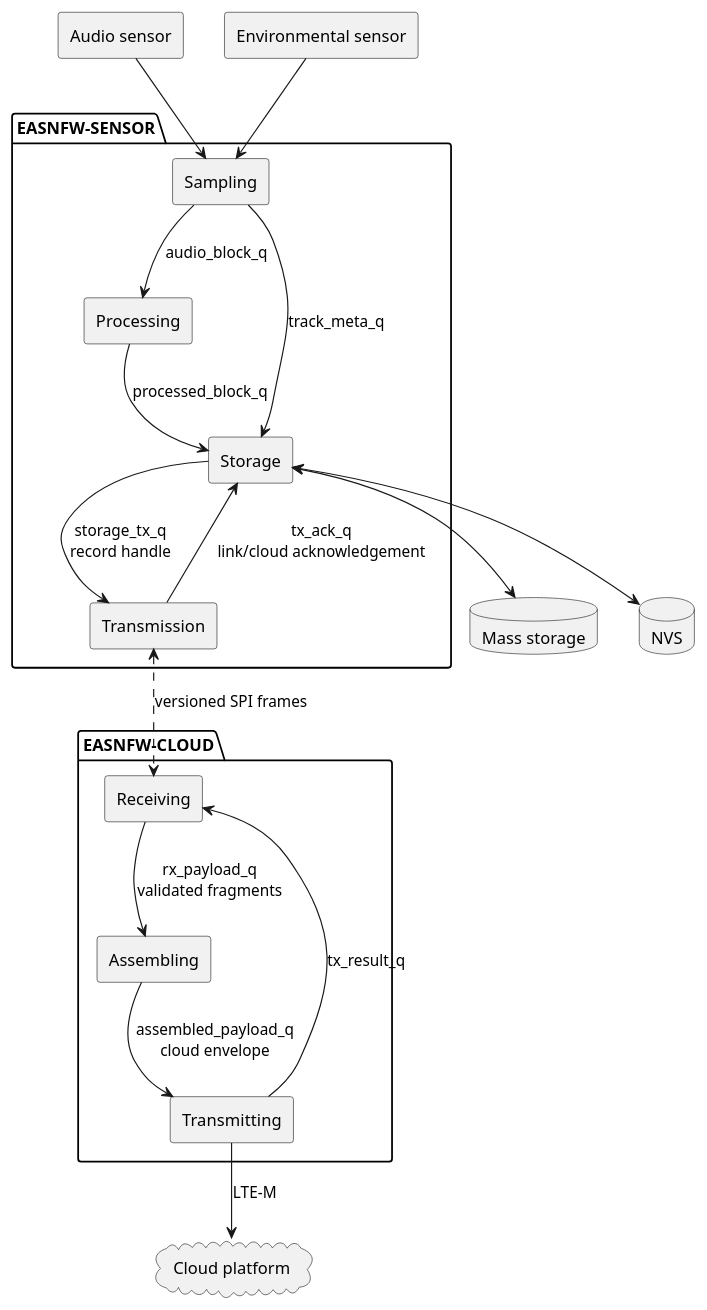
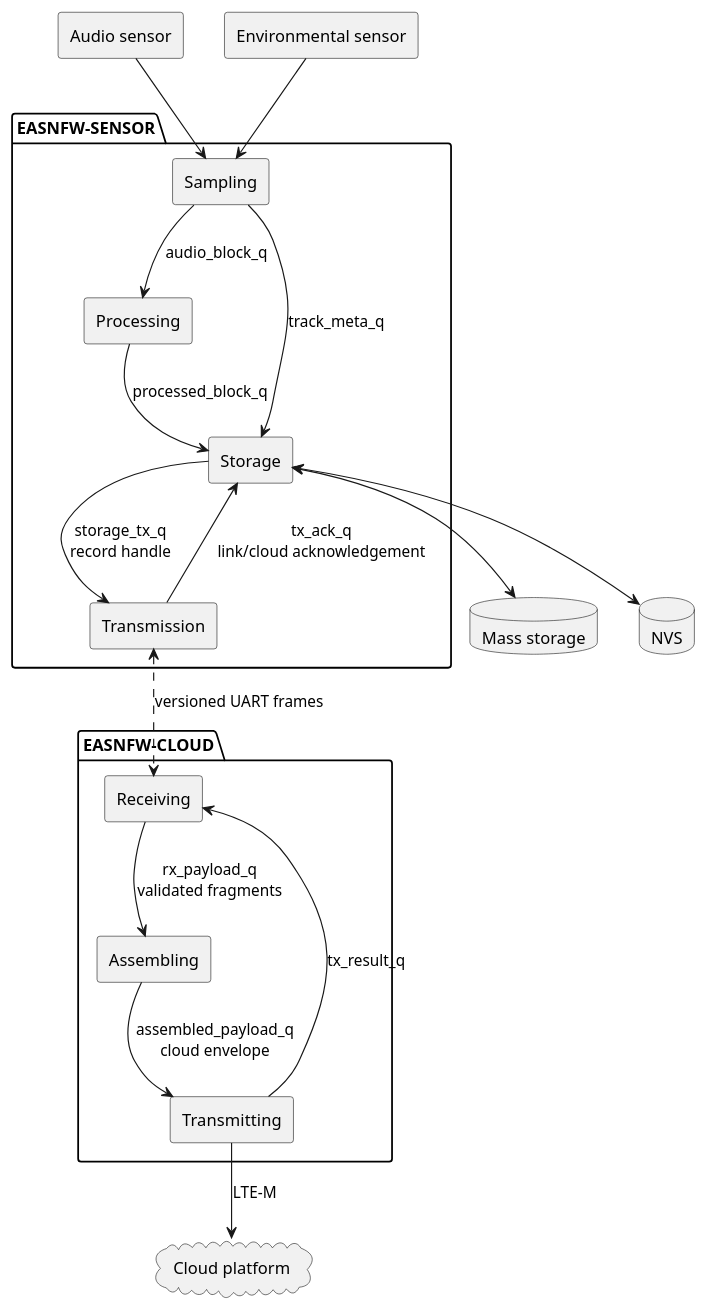
The diagram in docs/sphinx/source/chapters/architecture.rst (hslourenc/easnfw), drawn with PlantUML before and after one commit. The commit also changed other lines of this file and 5 other files, not shown here.

Commit message:
replace SPI with UART, add OTA

```diff
--- a/docs/sphinx/source/chapters/architecture.rst
+++ b/docs/sphinx/source/chapters/architecture.rst
@@ -216,46 +216,46 @@
 .. uml::
 
    @startuml
    skinparam componentStyle rectangle
    skinparam backgroundColor transparent
 
    package "EASNFW-SENSOR" {
      [Sampling] as Sampling
      [Processing] as Processing
      [Storage] as Storage
      [Transmission] as TxSensor
    }
 
    package "EASNFW-CLOUD" {
      [Receiving] as Receiving
      [Assembling] as Assembling
      [Transmitting] as TxCloud
    }
 
    component "Audio sensor" as AudioSensor
    component "Environmental sensor" as EnvSensor
    database "Mass storage" as MassStorage
    database "NVS" as NVS
    cloud "Cloud platform" as CloudPlatform
 
    AudioSensor --> Sampling
    EnvSensor --> Sampling
 
    Sampling --> Processing : audio_block_q
    Sampling --> Storage : track_meta_q
    Processing --> Storage : processed_block_q
 
    Storage <--> MassStorage
    Storage <--> NVS
 
    Storage --> TxSensor : storage_tx_q\nrecord handle
    TxSensor --> Storage : tx_ack_q\nlink/cloud acknowledgement
 
-   TxSensor <..> Receiving : versioned SPI frames
+   TxSensor <..> Receiving : versioned UART frames
 
    Receiving --> Assembling : rx_payload_q\nvalidated fragments
    Assembling --> TxCloud : assembled_payload_q\ncloud envelope
    TxCloud --> Receiving : tx_result_q
 
    TxCloud --> CloudPlatform : LTE-M
    @enduml
```
